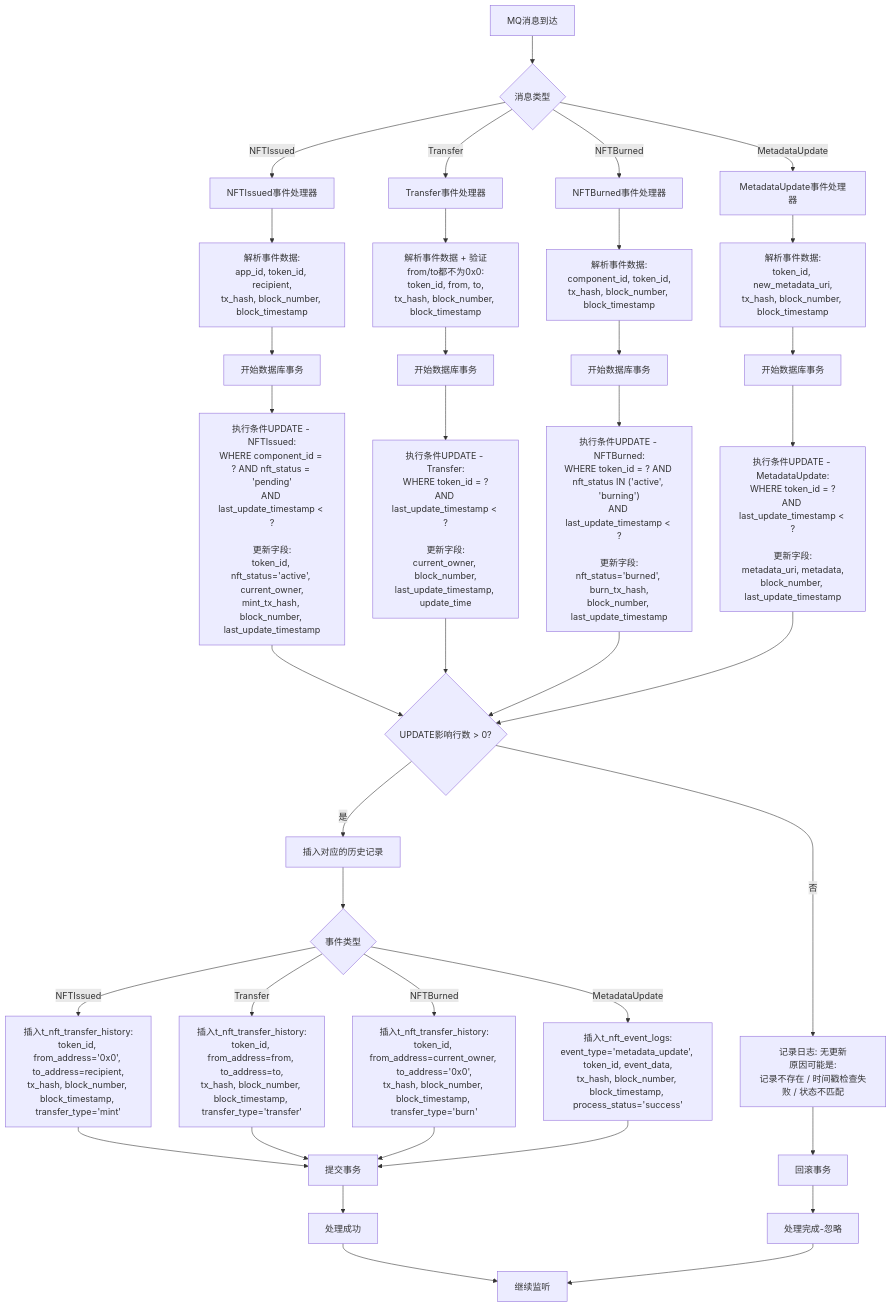
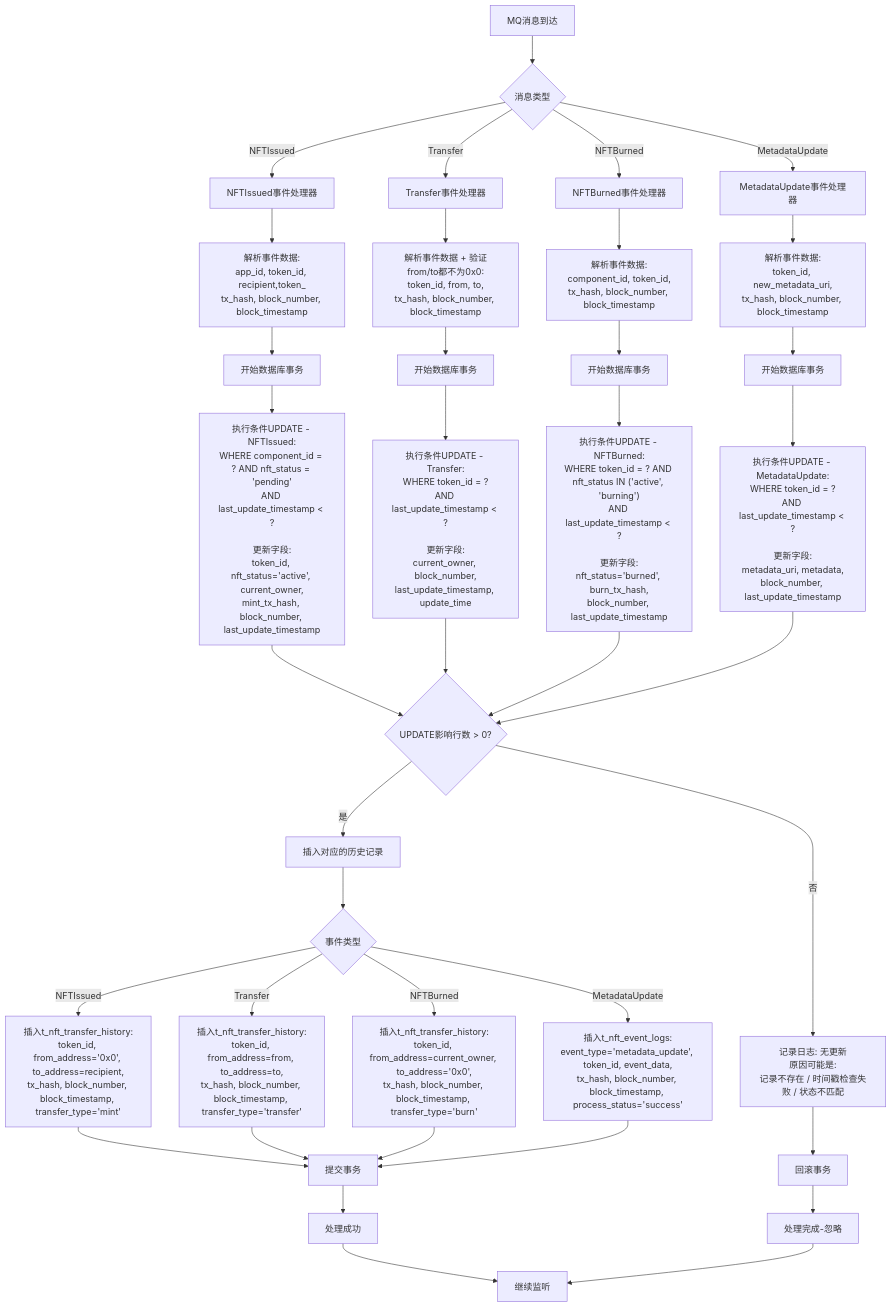
Before and after one commit to yingjianzh/iodraw-files: the diagram in all/未命名-71.md, drawn with Mermaid.

Commit message:
2025-07-03 17:48:48 update

````diff
--- a/all/未命名-71.md
+++ b/all/未命名-71.md
@@ -1,59 +1,59 @@
 ```mermaid
 flowchart TD
     A[MQ消息到达] --> B{消息类型}
     
     %% 四种事件类型
     B -->|NFTIssued| C[NFTIssued事件处理器]
     B -->|Transfer| D[Transfer事件处理器]
     B -->|NFTBurned| E[NFTBurned事件处理器]
     B -->|MetadataUpdate| F[MetadataUpdate事件处理器]
     
     %% 解析事件数据
-    C --> G["解析事件数据:<br/>app_id, token_id, recipient,<br/>tx_hash, block_number, block_timestamp"]
+    C --> G["解析事件数据:<br/>app_id, token_id, recipient,token_<br/>tx_hash, block_number, block_timestamp"]
     D --> H["解析事件数据 + 验证from/to都不为0x0:<br/>token_id, from, to,<br/>tx_hash, block_number, block_timestamp"]
     E --> I["解析事件数据:<br/>component_id, token_id,<br/>tx_hash, block_number, block_timestamp"]
     F --> J["解析事件数据:<br/>token_id, new_metadata_uri,<br/>tx_hash, block_number, block_timestamp"]
     
     G --> K[开始数据库事务]
     H --> L[开始数据库事务]
     I --> M[开始数据库事务]
     J --> N[开始数据库事务]
     
     K --> O["执行条件UPDATE - NFTIssued:<br/>WHERE component_id = ? AND nft_status = 'pending'<br/>AND last_update_timestamp < ?<br/><br/>更新字段:<br/>token_id, nft_status='active', current_owner,<br/>mint_tx_hash, block_number, last_update_timestamp"]
     
     L --> P["执行条件UPDATE - Transfer:<br/>WHERE token_id = ?<br/>AND last_update_timestamp < ?<br/><br/>更新字段:<br/>current_owner, block_number,<br/>last_update_timestamp, update_time"]
     
     M --> Q["执行条件UPDATE - NFTBurned:<br/>WHERE token_id = ? AND nft_status IN ('active', 'burning')<br/>AND last_update_timestamp < ?<br/><br/>更新字段:<br/>nft_status='burned', burn_tx_hash,<br/>block_number, last_update_timestamp"]
     
     N --> R["执行条件UPDATE - MetadataUpdate:<br/>WHERE token_id = ?<br/>AND last_update_timestamp < ?<br/><br/>更新字段:<br/>metadata_uri, metadata,<br/>block_number, last_update_timestamp"]
     
     O --> S{UPDATE影响行数 > 0?}
     P --> S
     Q --> S
     R --> S
     
     S -->|否| T["记录日志: 无更新<br/>原因可能是:<br/>记录不存在 / 时间戳检查失败 / 状态不匹配"]
     S -->|是| U[插入对应的历史记录]
     
     U --> U1{事件类型}
     U1 -->|NFTIssued| U2["插入t_nft_transfer_history:<br/>token_id, from_address='0x0', to_address=recipient,<br/>tx_hash, block_number, block_timestamp, transfer_type='mint'"]
     
     U1 -->|Transfer| U3["插入t_nft_transfer_history:<br/>token_id, from_address=from, to_address=to,<br/>tx_hash, block_number, block_timestamp, transfer_type='transfer'"]
     
     U1 -->|NFTBurned| U4["插入t_nft_transfer_history:<br/>token_id, from_address=current_owner, to_address='0x0',<br/>tx_hash, block_number, block_timestamp, transfer_type='burn'"]
     
     U1 -->|MetadataUpdate| U5["插入t_nft_event_logs:<br/>event_type='metadata_update', token_id, event_data,<br/>tx_hash, block_number, block_timestamp, process_status='success'"]
     
     U2 --> V[提交事务]
     U3 --> V
     U4 --> V
     U5 --> V
     
     T --> W[回滚事务]
     
     V --> X[处理成功]
     W --> Y[处理完成-忽略]
     
     X --> Z[继续监听]
     Y --> Z
 ```
````
